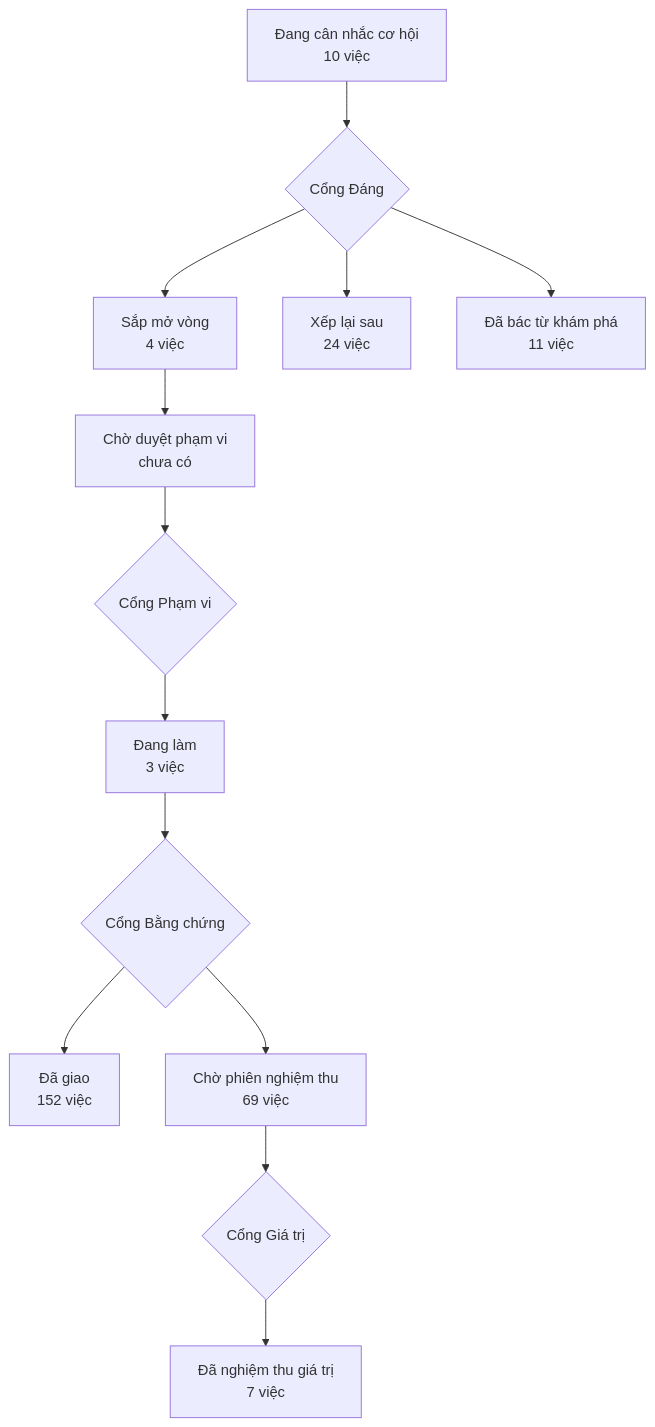
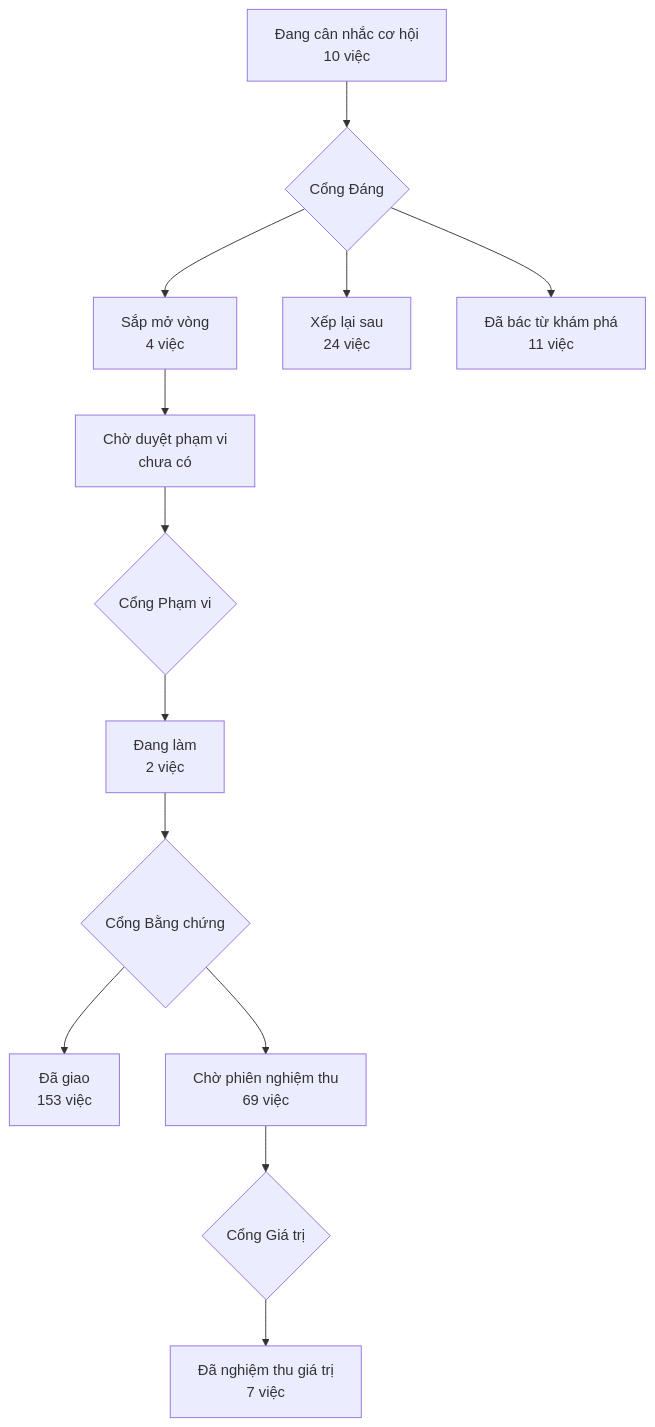
One commit to phanlemanh/acceptance-gate-kit changed the diagram in PRODUCT-MAP.md. Above: the diagram before and after it, drawn with Mermaid. The commit also changed 6 other files, not shown here.

````diff
--- a/PRODUCT-MAP.md
+++ b/PRODUCT-MAP.md
@@ -7,12 +7,12 @@
 ```mermaid
 flowchart TD
   A["Đang cân nhắc cơ hội<br/>10 việc"] --> GD{"Cổng Đáng"}
   GD --> B["Sắp mở vòng<br/>4 việc"]
   GD --> XL["Xếp lại sau<br/>24 việc"]
   GD --> DB["Đã bác từ khám phá<br/>11 việc"]
   B --> CD["Chờ duyệt phạm vi<br/>chưa có"] --> GP{"Cổng Phạm vi"}
-  GP --> DL["Đang làm<br/>3 việc"] --> GB{"Cổng Bằng chứng"}
-  GB --> DG["Đã giao<br/>152 việc"]
+  GP --> DL["Đang làm<br/>2 việc"] --> GB{"Cổng Bằng chứng"}
+  GB --> DG["Đã giao<br/>153 việc"]
   GB --> CN["Chờ phiên nghiệm thu<br/>69 việc"] --> GG{"Cổng Giá trị"}
   GG --> NT["Đã nghiệm thu giá trị<br/>7 việc"]
 ```
````
